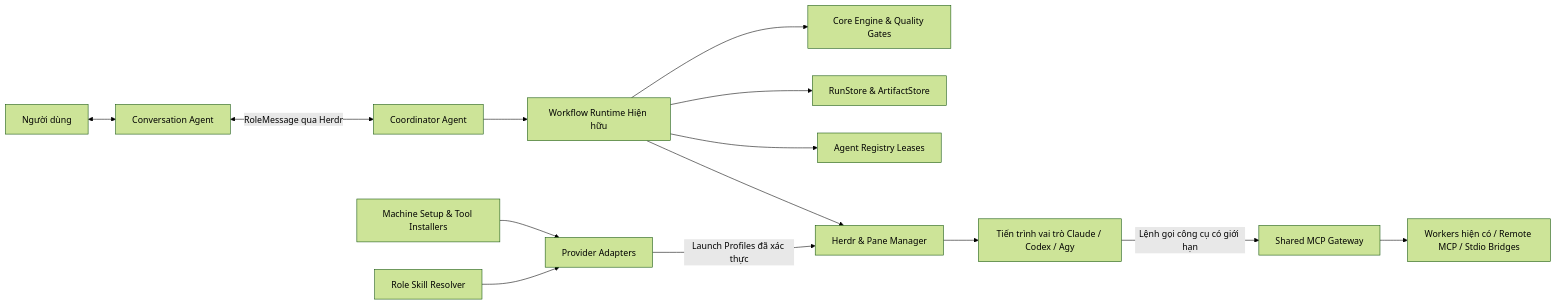
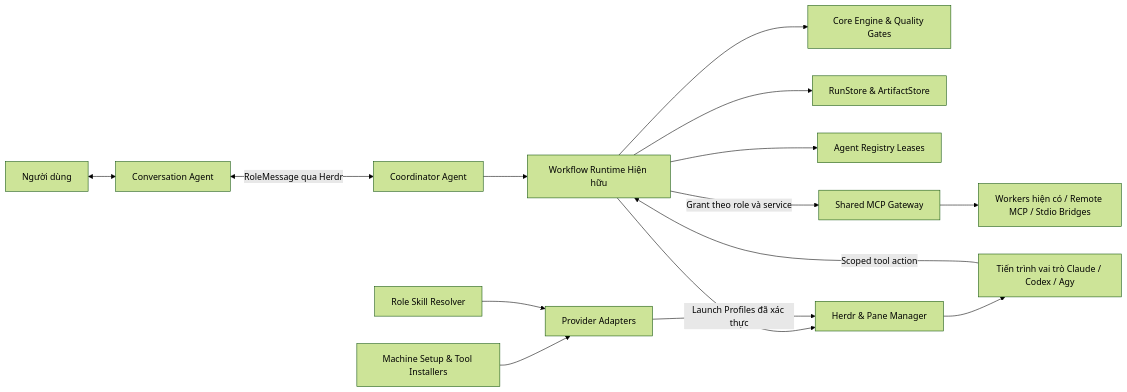
The diagram in docs/runtime-architecture-v3.md (qxbao/bflow), drawn with Mermaid (forest theme) before and after one commit. The commit also changed other lines of this file and 123 other files, not shown here.

````diff
--- a/docs/runtime-architecture-v3.md
+++ b/docs/runtime-architecture-v3.md
@@ -62,16 +54,17 @@
 ```mermaid
 flowchart LR
   User[Người dùng] <--> Chat[Conversation Agent]
   Chat <-->|RoleMessage qua Herdr| Coordinator[Coordinator Agent]
   Coordinator --> Runtime[Workflow Runtime Hiện hữu]
   Runtime --> Core[Core Engine & Quality Gates]
   Runtime --> Stores[RunStore & ArtifactStore]
   Runtime --> Registry[Agent Registry Leases]
   Runtime --> Herdr[Herdr & Pane Manager]
   Herdr --> Roles[Tiến trình vai trò Claude / Codex / Agy]
   Providers[Provider Adapters] -->|Launch Profiles đã xác thực| Herdr
   Setup[Machine Setup & Tool Installers] --> Providers
   Skills[Role Skill Resolver] --> Providers
-  Roles -->|Lệnh gọi công cụ có giới hạn| Gateway[Shared MCP Gateway]
+  Roles -->|Scoped tool action| Runtime
+  Runtime -->|Grant theo role và service| Gateway[Shared MCP Gateway]
   Gateway --> Services[Workers hiện có / Remote MCP / Stdio Bridges]
 ```
````
